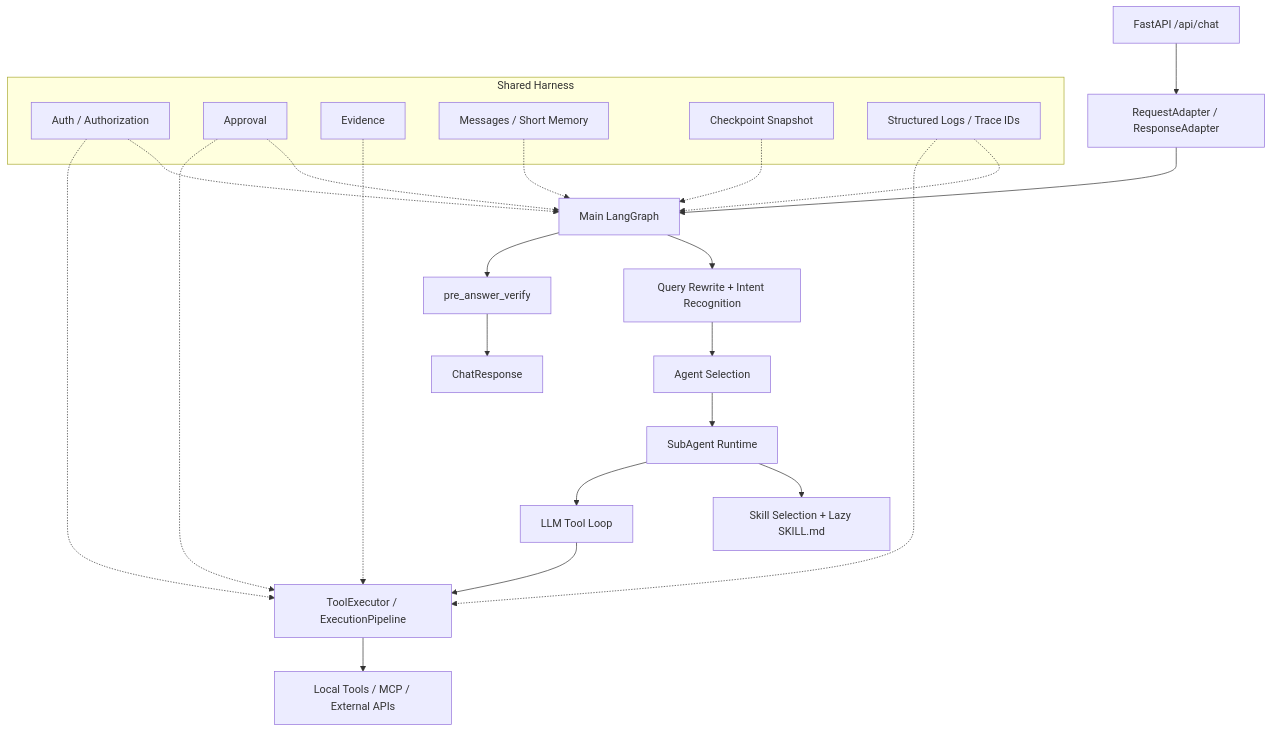
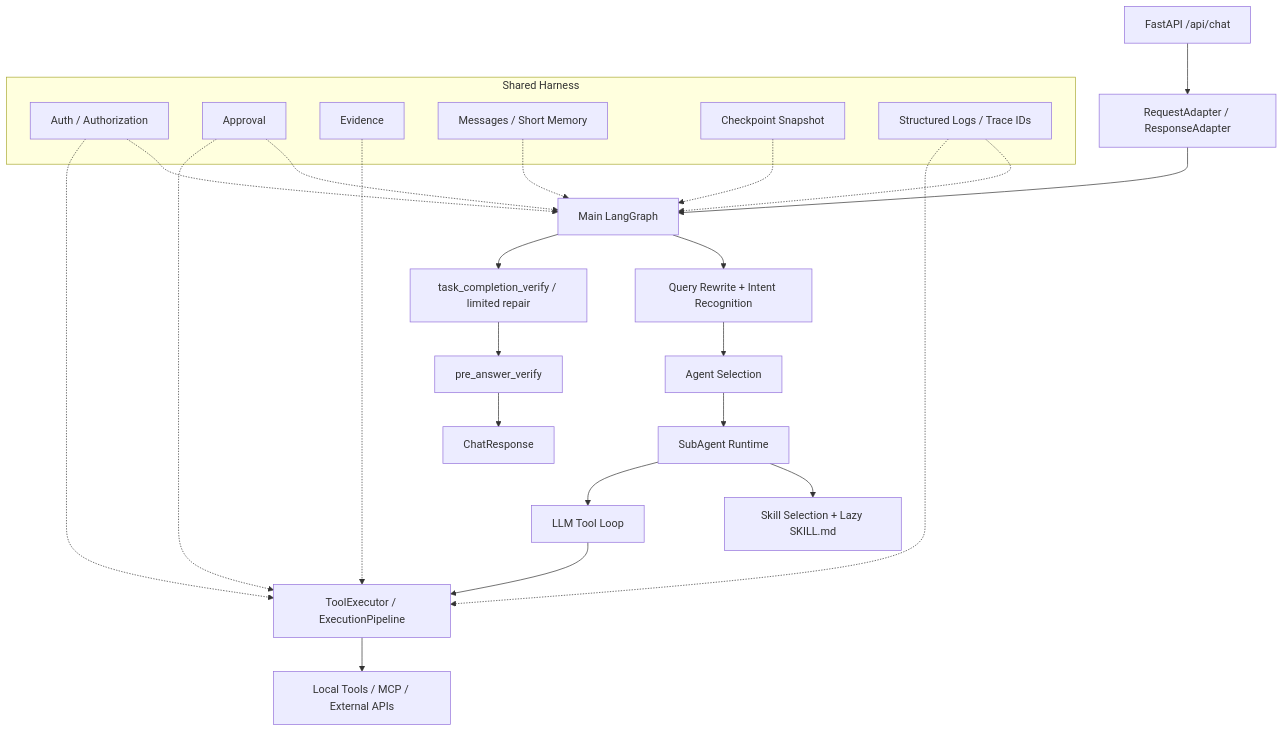
Before and after one commit to Ygj11/multi-agent: the first of 4 diagrams in agent-development/README.md, drawn with Mermaid. The commit also changed other lines of this file and 91 other files, not shown here.

````diff
--- a/agent-development/README.md
+++ b/agent-development/README.md
@@ -112,33 +112,34 @@
 ```mermaid
 flowchart TD
     API["FastAPI /api/chat"] --> ADAPTER["RequestAdapter / ResponseAdapter"]
     ADAPTER --> GRAPH["Main LangGraph"]
     GRAPH --> UNDERSTAND["Query Rewrite + Intent Recognition"]
     UNDERSTAND --> ROUTE["Agent Selection"]
     ROUTE --> SUB["SubAgent Runtime"]
     SUB --> SKILL["Skill Selection + Lazy SKILL.md"]
     SUB --> LOOP["LLM Tool Loop"]
     LOOP --> EXEC["ToolExecutor / ExecutionPipeline"]
     EXEC --> EXT["Local Tools / MCP / External APIs"]
-    GRAPH --> VERIFY["pre_answer_verify"]
+    GRAPH --> COMPLETE["task_completion_verify / limited repair"]
+    COMPLETE --> VERIFY["pre_answer_verify"]
     VERIFY --> RESP["ChatResponse"]
 
     subgraph HARNESS["Shared Harness"]
         AUTH["Auth / Authorization"]
         APPROVAL["Approval"]
         EVIDENCE["Evidence"]
         MEMORY["Messages / Short Memory"]
         CHECKPOINT["Checkpoint Snapshot"]
         OBS["Structured Logs / Trace IDs"]
     end
 
     AUTH -.-> GRAPH
     AUTH -.-> EXEC
     APPROVAL -.-> GRAPH
     APPROVAL -.-> EXEC
     EVIDENCE -.-> EXEC
     MEMORY -.-> GRAPH
     CHECKPOINT -.-> GRAPH
     OBS -.-> GRAPH
     OBS -.-> EXEC
 ```
````
